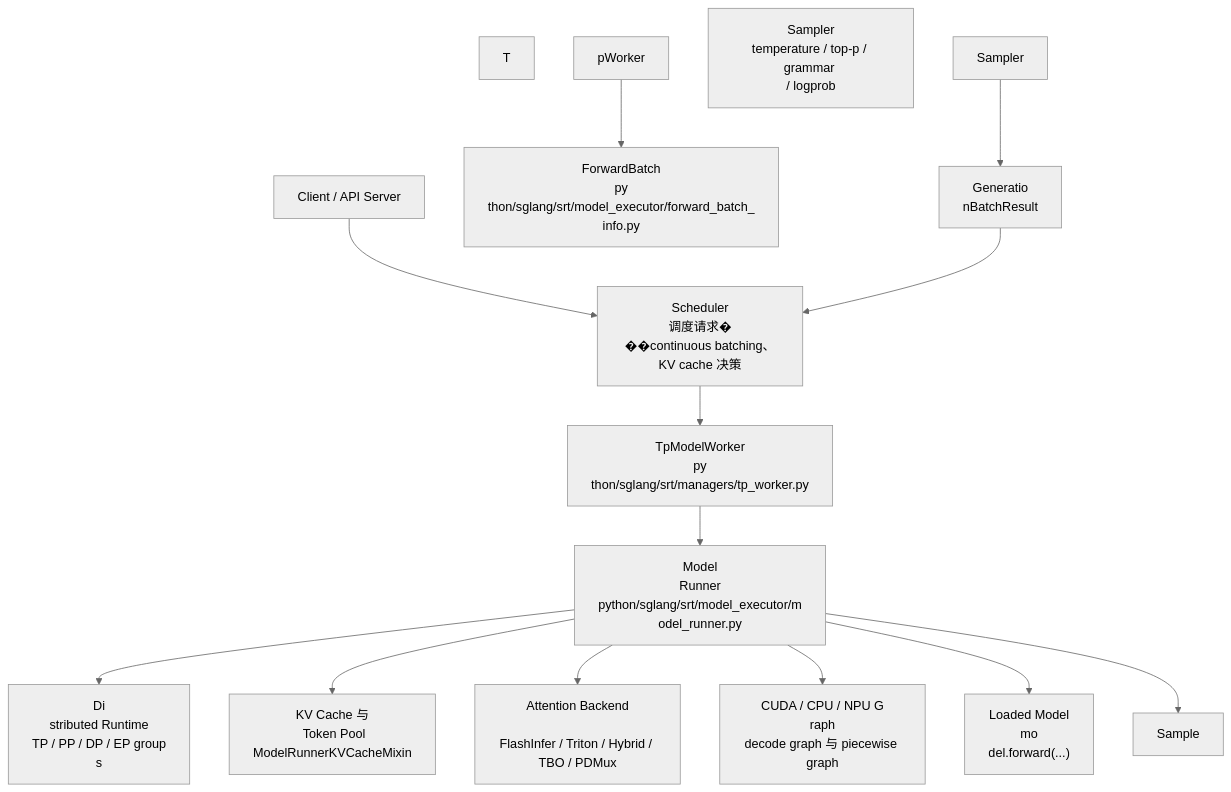
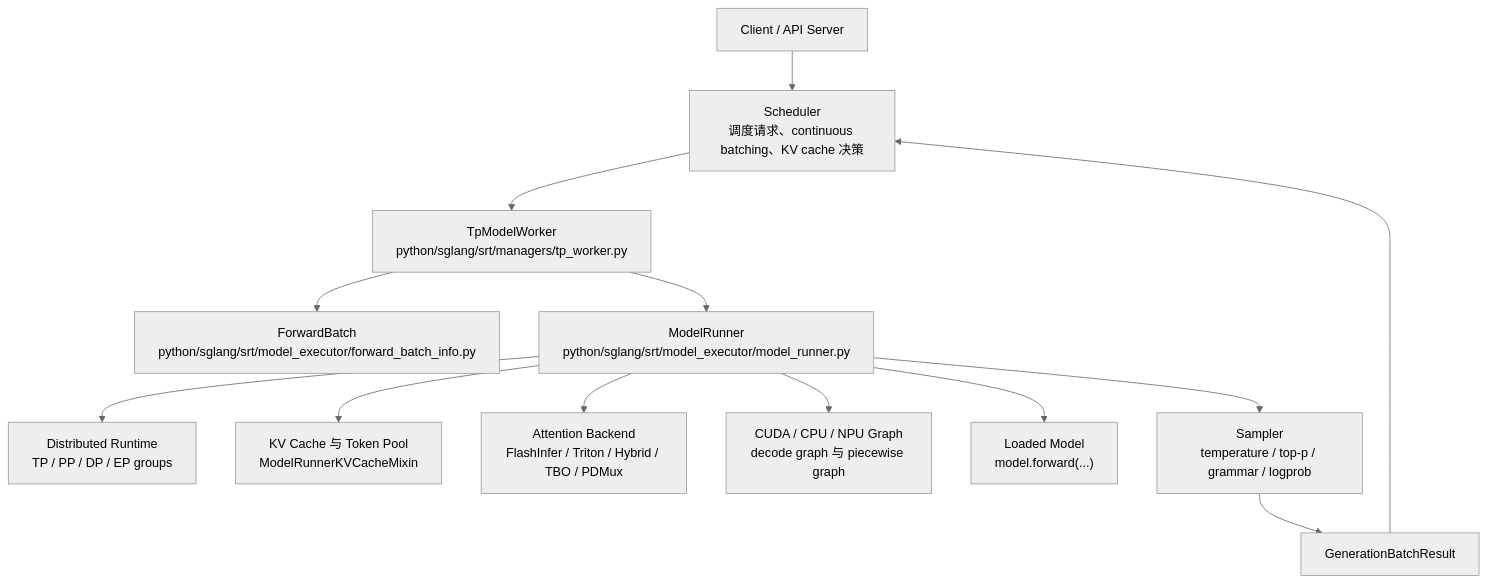
Before and after one commit to cl-vv-h/AI_Infra_Tutor_Page: the first of 4 diagrams in src/data/sglang-content/tp-worker-model-runner/01-architecture.md, drawn with Mermaid (neutral theme). The commit also changed other lines of this file and 25 other files, not shown here.

Commit message:
Fix markdown rendering with react-markdown, add SGLang knowledge graph

````diff
--- a/src/data/sglang-content/tp-worker-model-runner/01-architecture.md
+++ b/src/data/sglang-content/tp-worker-model-runner/01-architecture.md
@@ -20,37 +11,15 @@
 ```mermaid
-
 flowchart TB
-    Client["Client / API Server
-"] --> Scheduler["Scheduler<br/>调度请求�
-��continuous batching、KV cache 决策"]
-   
- Scheduler --> TpWorker["TpModelWorker<br/>py
-thon/sglang/srt/managers/tp_worker.py"]
-    T
-pWorker --> ForwardBatch["ForwardBatch<br/>py
-thon/sglang/srt/model_executor/forward_batch_
-info.py"]
-    TpWorker --> ModelRunner["Model
-Runner<br/>python/sglang/srt/model_executor/m
-odel_runner.py"]
-    ModelRunner --> Dist["Di
-stributed Runtime<br/>TP / PP / DP / EP group
-s"]
-    ModelRunner --> MemPool["KV Cache 与
- Token Pool<br/>ModelRunnerKVCacheMixin"]
-   
- ModelRunner --> Attn["Attention Backend<br/>
-FlashInfer / Triton / Hybrid / TBO / PDMux"]
-
-    ModelRunner --> Graph["CUDA / CPU / NPU G
-raph<br/>decode graph 与 piecewise graph"]
- 
-   ModelRunner --> Model["Loaded Model<br/>mo
-del.forward(...)"]
-    ModelRunner --> Sample
-r["Sampler<br/>temperature / top-p / grammar 
-/ logprob"]
-    Sampler --> Result["Generatio
-nBatchResult"]
+    Client["Client / API Server"] --> Scheduler["Scheduler<br/>调度请求、continuous batching、KV cache 决策"]
+    Scheduler --> TpWorker["TpModelWorker<br/>python/sglang/srt/managers/tp_worker.py"]
+    TpWorker --> ForwardBatch["ForwardBatch<br/>python/sglang/srt/model_executor/forward_batch_info.py"]
+    TpWorker --> ModelRunner["ModelRunner<br/>python/sglang/srt/model_executor/model_runner.py"]
+    ModelRunner --> Dist["Distributed Runtime<br/>TP / PP / DP / EP groups"]
+    ModelRunner --> MemPool["KV Cache 与 Token Pool<br/>ModelRunnerKVCacheMixin"]
+    ModelRunner --> Attn["Attention Backend<br/>FlashInfer / Triton / Hybrid / TBO / PDMux"]
+    ModelRunner --> Graph["CUDA / CPU / NPU Graph<br/>decode graph 与 piecewise graph"]
+    ModelRunner --> Model["Loaded Model<br/>model.forward(...)"]
+    ModelRunner --> Sampler["Sampler<br/>temperature / top-p / grammar / logprob"]
+    Sampler --> Result["GenerationBatchResult"]
     Result --> Scheduler
 ```
````
